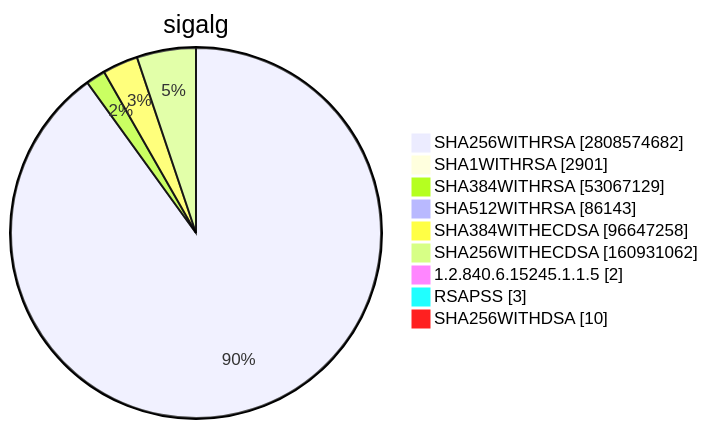
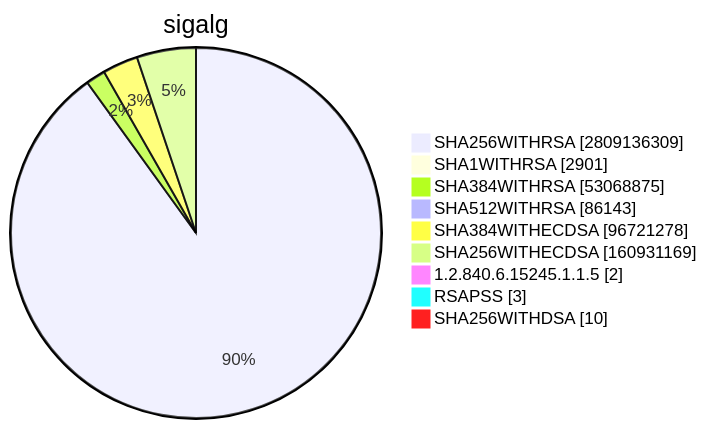
One commit to christiankrug/ctmonitor_visualization changed diagram 15 of 15 in TOTAL/README.md. Above: the diagram before and after it, drawn with Mermaid. The commit also changed other lines of this file, not shown here.

````diff
--- a/TOTAL/README.md
+++ b/TOTAL/README.md
@@ -6207,13 +6207,13 @@
 ```mermaid
 pie showData
 title sigalg
-"SHA256WITHRSA" :2808574682
+"SHA256WITHRSA" :2809136309
 "SHA1WITHRSA" :2901
-"SHA384WITHRSA" :53067129
+"SHA384WITHRSA" :53068875
 "SHA512WITHRSA" :86143
-"SHA384WITHECDSA" :96647258
-"SHA256WITHECDSA" :160931062
+"SHA384WITHECDSA" :96721278
+"SHA256WITHECDSA" :160931169
 "1.2.840.6.15245.1.1.5" :2
 "RSAPSS" :3
 "SHA256WITHDSA" :10
 ```
````
